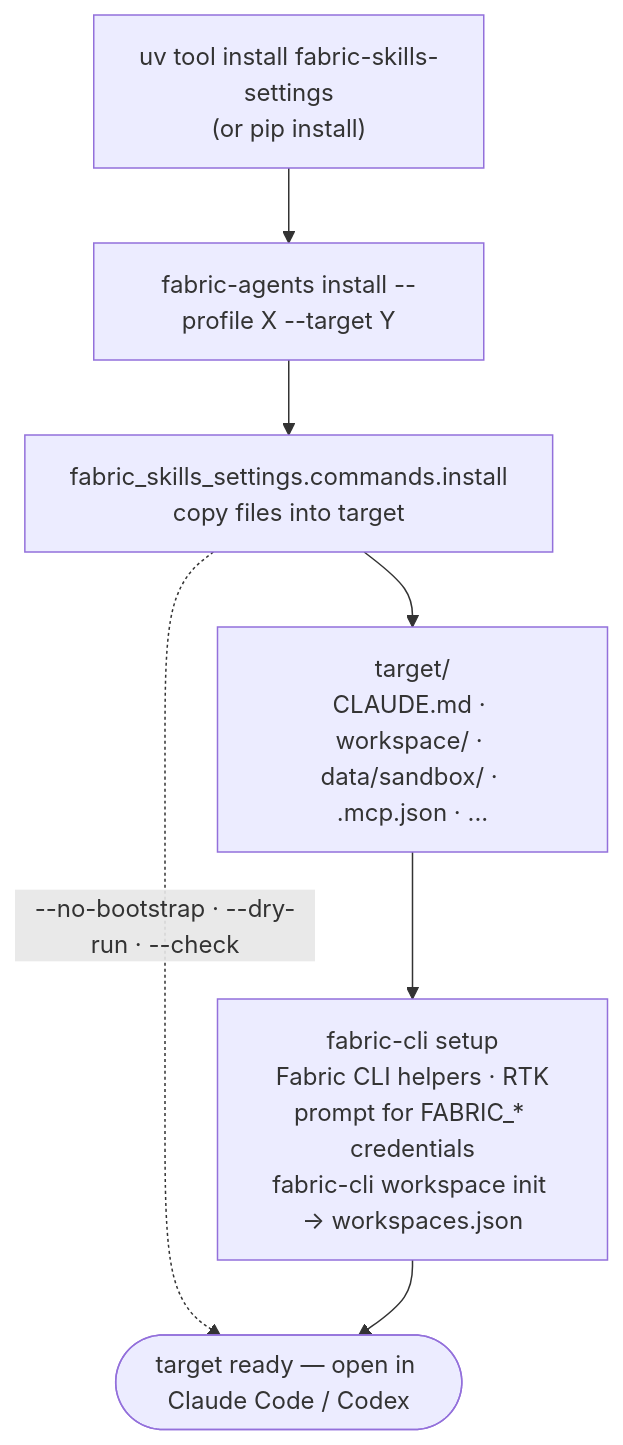
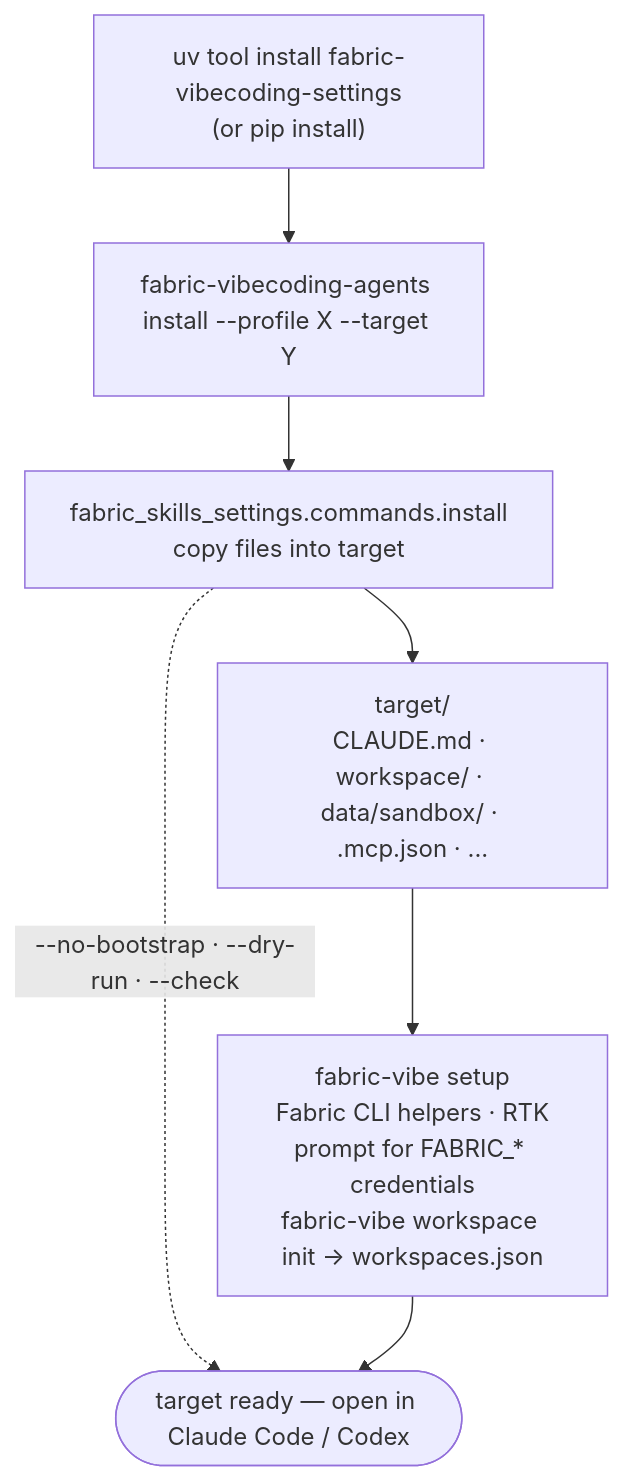
The second of 2 diagrams in docs/architecture.md (scardoso-lu/fabric-skills-settings), drawn with Mermaid before and after one commit. The commit also changed other lines of this file and 62 other files, not shown here.

Commit message:
rename cli to fabric-vibecoding

````diff
--- a/docs/architecture.md
+++ b/docs/architecture.md
@@ -121,18 +121,18 @@
 ```mermaid
 flowchart TD
-    PIP["uv tool install fabric-skills-settings<br/>(or pip install)"]
+    PIP["uv tool install fabric-vibecoding-settings<br/>(or pip install)"]
     PIP --> CLI
-    CLI["fabric-agents install --profile X --target Y"]
+    CLI["fabric-vibecoding-agents install --profile X --target Y"]
     CLI --> INST
 
     INST["fabric_skills_settings.commands.install<br/>copy files into target"]
     INST --> TGT
     TGT["target/<br/>CLAUDE.md · workspace/ · data/sandbox/ · .mcp.json · ..."]
     TGT --> BOOT
 
-    BOOT["fabric-cli setup<br/>Fabric CLI helpers · RTK<br/>prompt for FABRIC_* credentials<br/>fabric-cli workspace init → workspaces.json"]
+    BOOT["fabric-vibe setup<br/>Fabric CLI helpers · RTK<br/>prompt for FABRIC_* credentials<br/>fabric-vibe workspace init → workspaces.json"]
     INST -.->|"--no-bootstrap · --dry-run · --check"| DONE
     BOOT --> DONE
 
     DONE([target ready — open in Claude Code / Codex])
 ```
````
